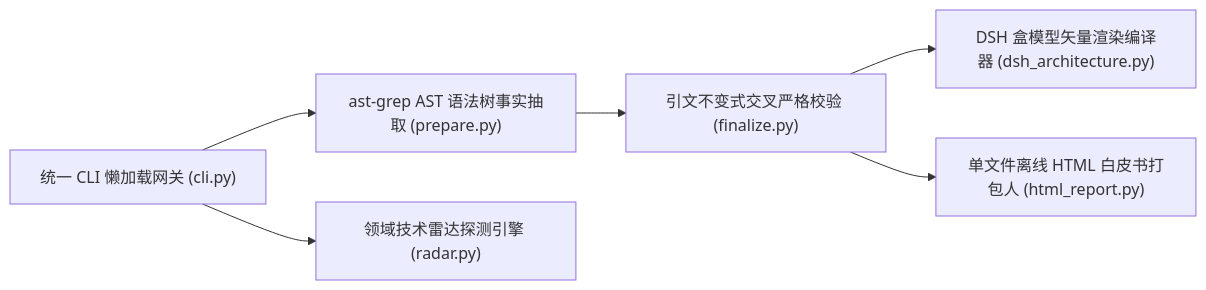
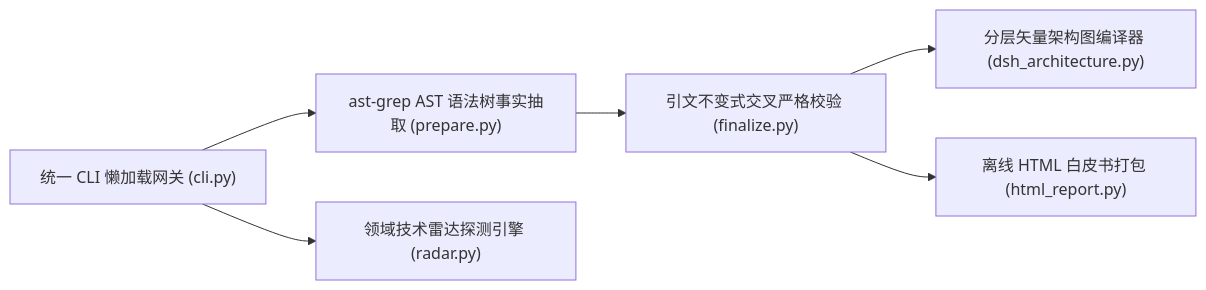
One commit to Li-Sanze/hubradar changed the diagram in gallery/hubradar/card.md. Above: the diagram before and after it, drawn with Mermaid. The commit also changed other lines of this file and 22 other files, not shown here.

First line of the commit message:
feat(arch): rebuild architecture diagram to 2-2-2 top-down pipeline and universal compiler (#1)

````diff
--- a/gallery/hubradar/card.md
+++ b/gallery/hubradar/card.md
@@ -16,14 +147,14 @@
 ```mermaid
 flowchart LR
   cli["统一 CLI 懒加载网关 (cli.py)"]
   prepare["ast-grep AST 语法树事实抽取 (prepare.py)"]
   finalize["引文不变式交叉严格校验 (finalize.py)"]
   radar["领域技术雷达探测引擎 (radar.py)"]
-  dsh["DSH 盒模型矢量渲染编译器 (dsh_architecture.py)"]
-  html["单文件离线 HTML 白皮书打包人 (html_report.py)"]
+  dsh["分层矢量架构图编译器 (dsh_architecture.py)"]
+  html["离线 HTML 白皮书打包 (html_report.py)"]
   cli --> prepare
   cli --> radar
   prepare --> finalize
   finalize --> dsh
   finalize --> html
 ```
````
